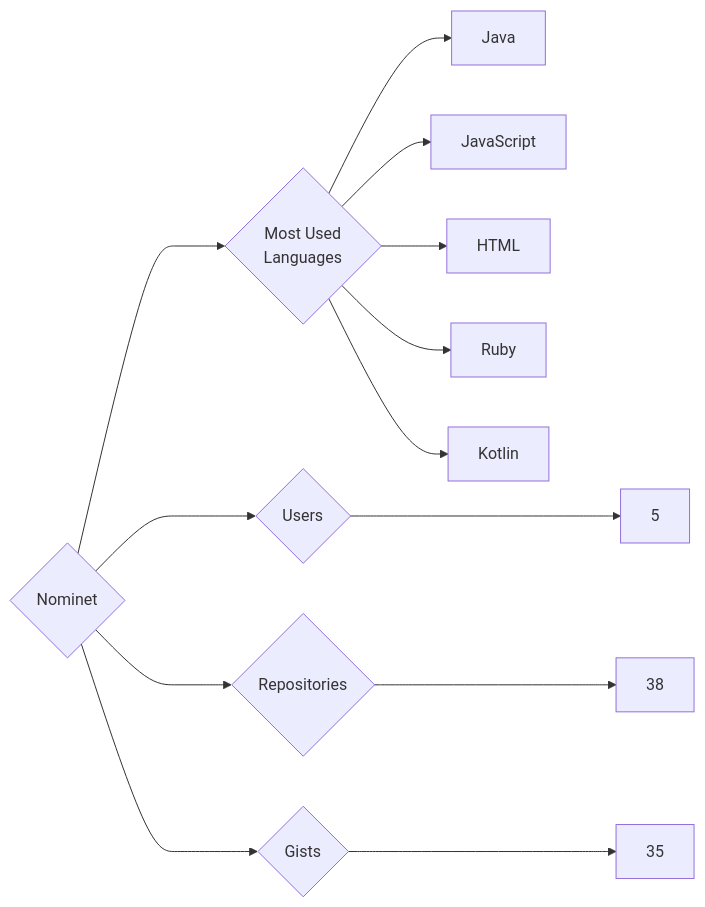
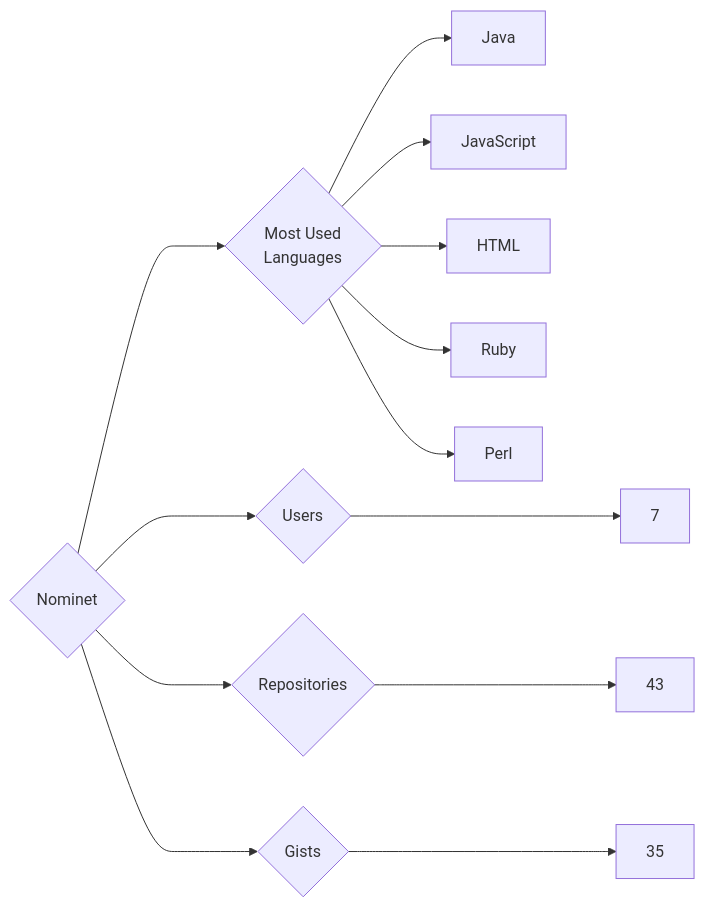
The diagram in targets/Nominet/README.md (trickest/insiders), drawn with Mermaid before and after one commit. The commit also changed 1479 other files, not shown here.

````diff
--- a/targets/Nominet/README.md
+++ b/targets/Nominet/README.md
@@ -3,13 +3,13 @@
 ```mermaid
 graph LR
 COMPANY_NAME{Nominet}
-COMPANY_NAME ---> U{Users} ---> UN[5]
-COMPANY_NAME ---> R{Repositories} ---> RN[38]
+COMPANY_NAME ---> U{Users} ---> UN[7]
+COMPANY_NAME ---> R{Repositories} ---> RN[43]
 COMPANY_NAME ---> G{Gists} ---> GN[35]
 COMPANY_NAME ---> ML{Most Used<br>Languages}
 ML --> Java[Java]
 ML --> JavaScript[JavaScript]
 ML --> HTML[HTML]
 ML --> Ruby[Ruby]
-ML --> Kotlin[Kotlin]
+ML --> Perl[Perl]
 ```
````
